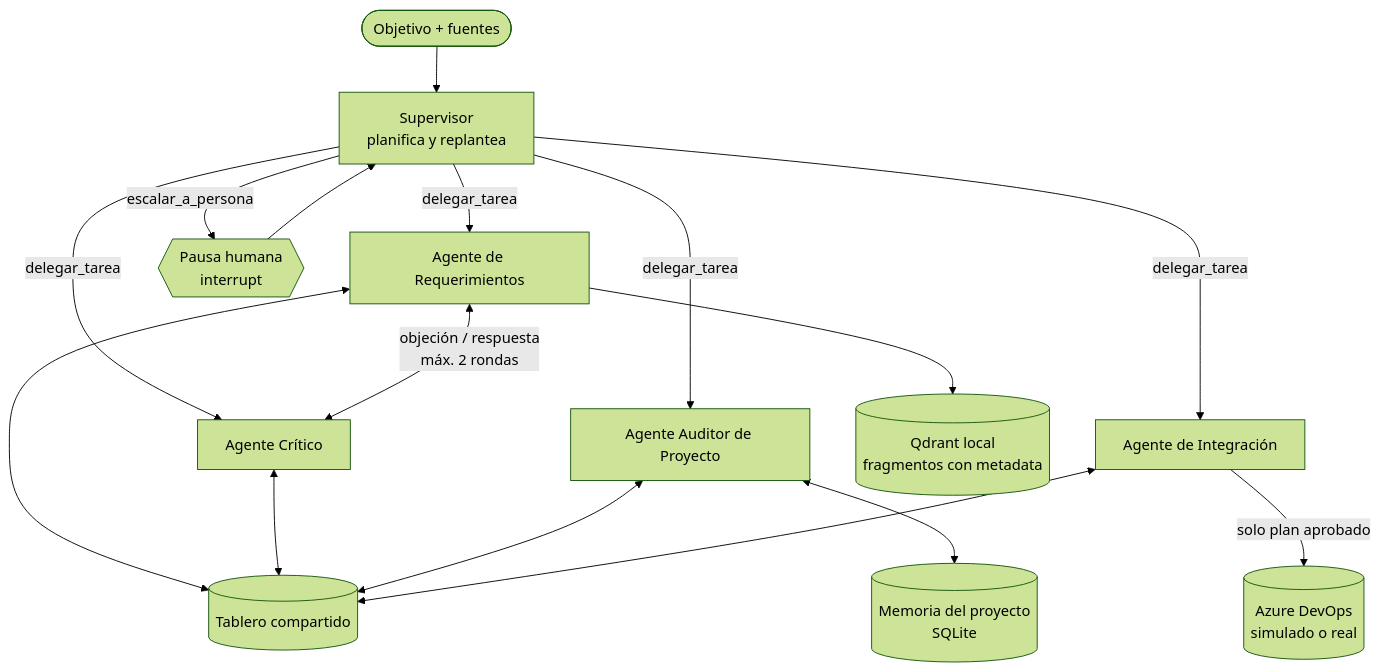
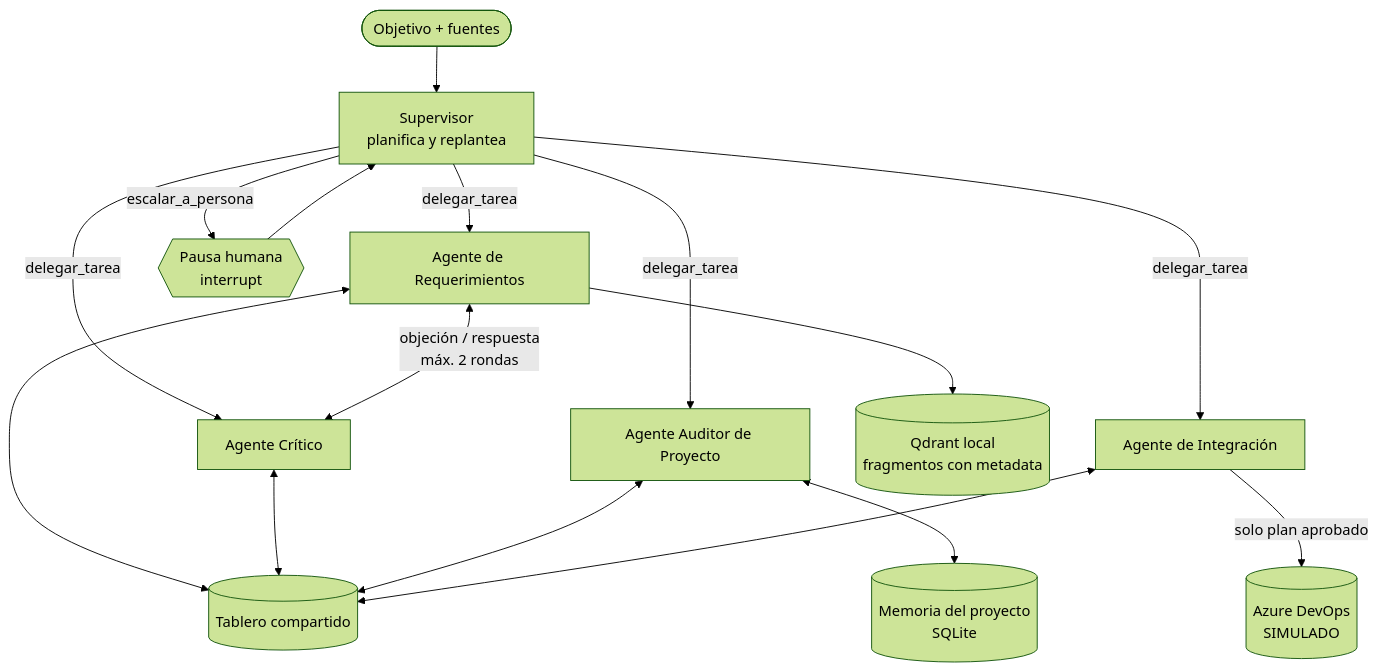
One commit to vanesaaraticelli2-beep/backlogguard changed the diagram in README.md. Above: the diagram before and after it, drawn with Mermaid (forest theme). The commit also changed other lines of this file and 9 other files, not shown here.

First line of the commit message:
Minutas en Word, backlog simulado detallado y README con lo real y lo simulado

````diff
--- a/README.md
+++ b/README.md
@@ -49,15 +49,15 @@
 ```mermaid
 flowchart TD
     U([Objetivo + fuentes]) --> S[Supervisor<br/>planifica y replantea]
     S -->|delegar_tarea| R[Agente de Requerimientos]
     S -->|delegar_tarea| C[Agente Crítico]
     S -->|delegar_tarea| A[Agente Auditor de Proyecto]
     S -->|delegar_tarea| I[Agente de Integración]
     R <-->|objeción / respuesta<br/>máx. 2 rondas| C
     R & C & A & I <--> T[(Tablero compartido)]
     A <--> M[(Memoria del proyecto<br/>SQLite)]
     R --> Q[(Qdrant local<br/>fragmentos con metadata)]
     S -->|escalar_a_persona| H{{Pausa humana<br/>interrupt}}
     H --> S
-    I -->|solo plan aprobado| D[(Azure DevOps<br/>simulado o real)]
+    I -->|solo plan aprobado| D[(Azure DevOps<br/>SIMULADO)]
 ```
````
